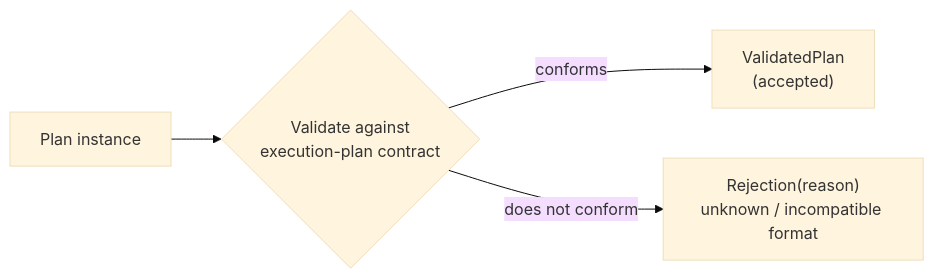
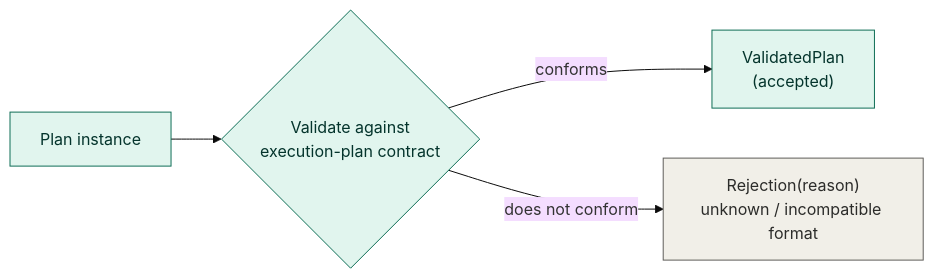
Before and after one commit to agentic-workflow-kit/jig: the diagram in docs/design/core/plan-intake.md, drawn with Mermaid (base theme). The commit also changed 8 other files, not shown here.

First line of the commit message:
docs: style design-layer diagrams by category

````diff
--- a/docs/design/core/plan-intake.md
+++ b/docs/design/core/plan-intake.md
@@ -25,11 +25,16 @@
 ```mermaid
 flowchart LR
     Instance["Plan instance"]
     Validate{"Validate against<br/>execution-plan contract"}
     Valid["ValidatedPlan<br/>(accepted)"]
     Invalid["Rejection(reason)<br/>unknown / incompatible format"]
 
     Instance --> Validate
     Validate -->|conforms| Valid
     Validate -->|does not conform| Invalid
+
+    classDef core fill:#E1F5EE,stroke:#0F6E56,color:#04342C;
+    classDef neutral fill:#F1EFE8,stroke:#5F5E5A,color:#2C2C2A;
+    class Instance,Validate,Valid core;
+    class Invalid neutral;
 ```
````
